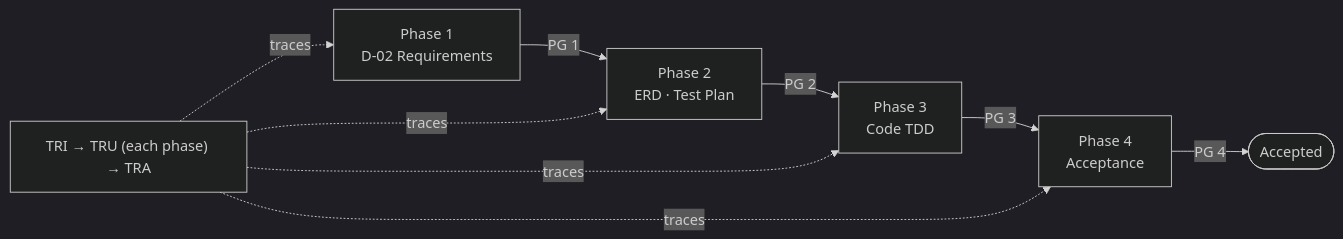
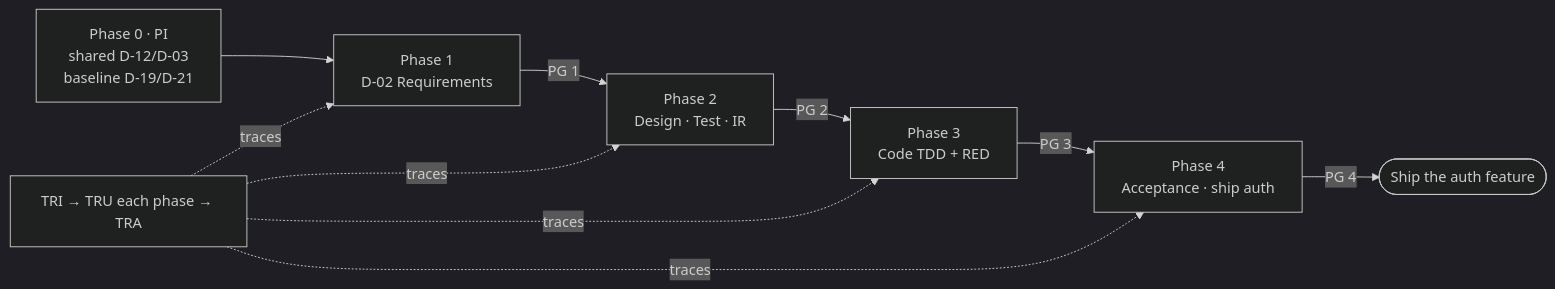
One commit to hanh9898/waterfall-bmad-method changed the second of 2 diagrams in docs/en/tutorials/getting-started-hbc.md. Above: the diagram before and after it, drawn with Mermaid (dark theme). The commit also changed other lines of this file and 29 other files, not shown here.

First line of the commit message:
docs(hbc): đồng bộ toàn bộ tài liệu sang v2 (incremental per-feature + TDD)

````diff
--- a/docs/en/tutorials/getting-started-hbc.md
+++ b/docs/en/tutorials/getting-started-hbc.md
@@ -214,7 +256,8 @@
 ```mermaid
 flowchart LR
-    P1["Phase 1<br/>D-02 Requirements"] -->|PG 1| P2["Phase 2<br/>ERD · Test Plan"]
-    P2 -->|PG 2| P3["Phase 3<br/>Code TDD"] -->|PG 3| P4["Phase 4<br/>Acceptance"]
-    P4 -->|PG 4| DONE([Accepted])
-    TR["TRI → TRU (each phase) → TRA"] -.->|traces| P1 & P2 & P3 & P4
+    PI["Phase 0 · PI<br/>shared D-12/D-03<br/>baseline D-19/D-21"] --> P1
+    P1["Phase 1<br/>D-02 Requirements"] -->|PG 1| P2["Phase 2<br/>Design · Test · IR"]
+    P2 -->|PG 2| P3["Phase 3<br/>Code TDD + RED"] -->|PG 3| P4["Phase 4<br/>Acceptance · ship auth"]
+    P4 -->|PG 4| DONE([Ship the auth feature])
+    TR["TRI → TRU each phase → TRA"] -.->|traces| P1 & P2 & P3 & P4
 ```
````
